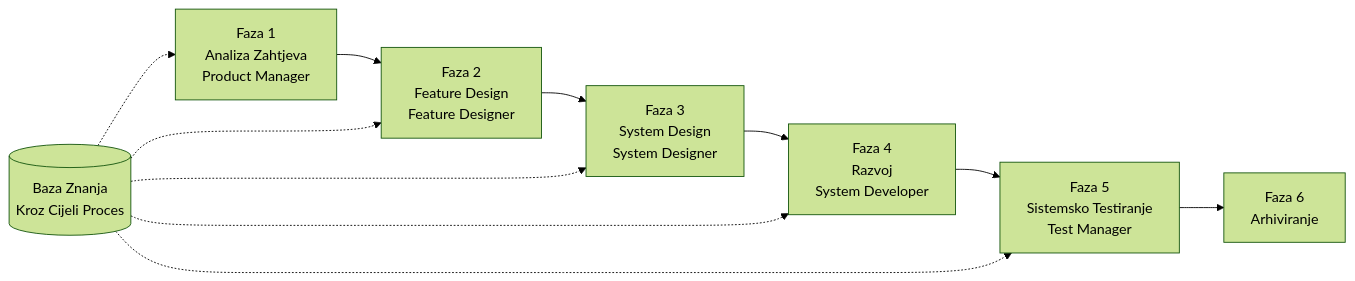
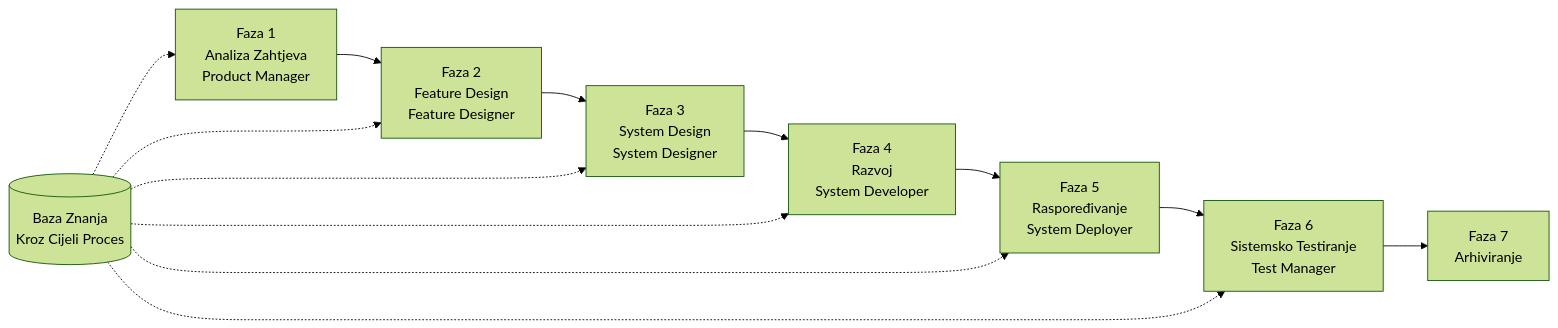
Before and after one commit to charlesmu99/speccrew: the diagram in docs/GETTING-STARTED.bs.md, drawn with Mermaid (forest theme). The commit also changed 35 other files, not shown here.

````diff
--- a/docs/GETTING-STARTED.bs.md
+++ b/docs/GETTING-STARTED.bs.md
@@ -144,14 +144,16 @@
 ```mermaid
 flowchart LR
     PRD[Faza 1<br/>Analiza Zahtjeva<br/>Product Manager] --> FD[Faza 2<br/>Feature Design<br/>Feature Designer]
     FD --> SD[Faza 3<br/>System Design<br/>System Designer]
     SD --> DEV[Faza 4<br/>Razvoj<br/>System Developer]
-    DEV --> TEST[Faza 5<br/>Sistemsko Testiranje<br/>Test Manager]
-    TEST --> ARCHIVE[Faza 6<br/>Arhiviranje]
+    DEV --> DEPLOY[Faza 5<br/>Raspoređivanje<br/>System Deployer]
+    DEPLOY --> TEST[Faza 6<br/>Sistemsko Testiranje<br/>Test Manager]
+    TEST --> ARCHIVE[Faza 7<br/>Arhiviranje]
     
     KB[(Baza Znanja<br/>Kroz Cijeli Proces)] -.-> PRD
     KB -.-> FD
     KB -.-> SD
     KB -.-> DEV
+    KB -.-> DEPLOY
     KB -.-> TEST
 ```
````
